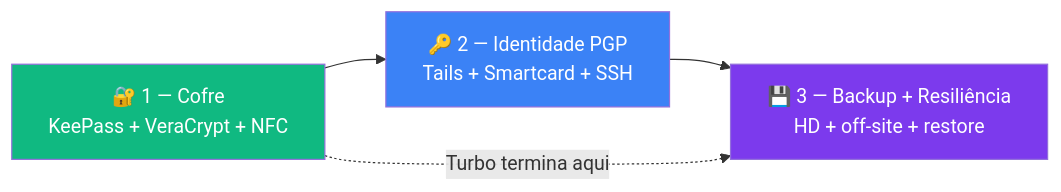
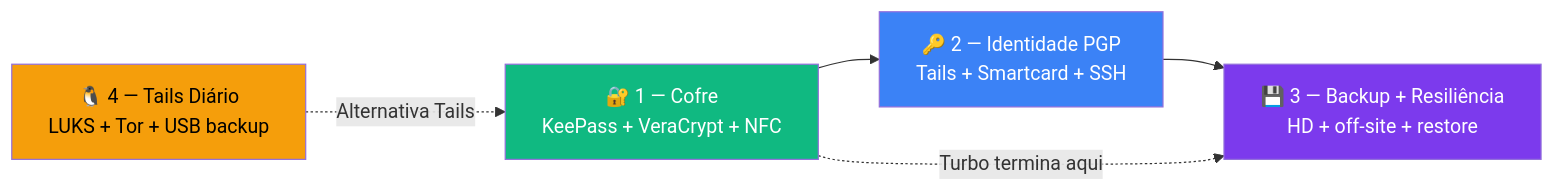
The diagram in playbooks/README.md (VIPs-com/Zero-Trust-Core), drawn with Mermaid before and after one commit. The commit also changed other lines of this file and 15 other files, not shown here.

````diff
--- a/playbooks/README.md
+++ b/playbooks/README.md
@@ -22,9 +22,12 @@
 ```mermaid
 flowchart LR
     A["🔐 1 — Cofre<br/>KeePass + VeraCrypt + NFC"] --> B["🔑 2 — Identidade PGP<br/>Tails + Smartcard + SSH"]
     B --> C["💾 3 — Backup + Resiliência<br/>HD + off-site + restore"]
     A -.Turbo termina aqui.-> C
+    D["🐧 4 — Tails Diário<br/>LUKS + Tor + USB backup"]
+    D -.Alternativa Tails.-> A
     style A fill:#10b981,color:#fff
     style B fill:#3b82f6,color:#fff
     style C fill:#7c3aed,color:#fff
+    style D fill:#f59e0b,color:#000
 ```
````
